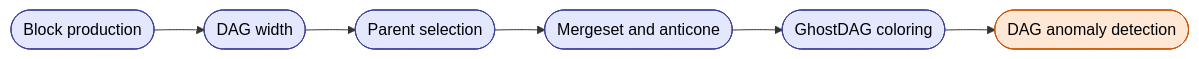
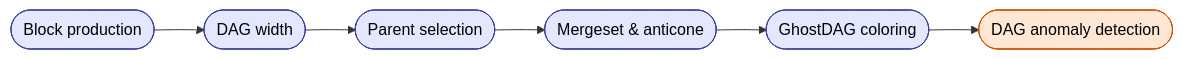
Before and after one commit to SanaMegabytes/megabytes-dag-specification: the first of 2 diagrams in DAG_SPEC.md, drawn with Mermaid.

Commit message:
Fix diagram labels and remove unused classes
Updated diagram labels and styling in DAG_SPEC.md.

````diff
--- a/DAG_SPEC.md
+++ b/DAG_SPEC.md
@@ -4,21 +4,15 @@
 ```mermaid
 flowchart LR
-
     A([Block production]) --> B([DAG width])
     B --> C([Parent selection])
-    C --> D([Mergeset and anticone])
+    C --> D([Mergeset & anticone])
     D --> E([GhostDAG coloring])
     E --> F([DAG anomaly detection])
 
     %% Styling
     classDef stage fill:#e3e8ff,stroke:#3b3f99,stroke-width:1px,color:#000;
     classDef detect fill:#ffe7d6,stroke:#cc5200,stroke-width:1px,color:#000;
-    classDef final fill:#e0ffe4,stroke:#1f7a1f,stroke-width:1px,color:#000;
-    classDef reject fill:#ffd6d6,stroke:#b30000,stroke-width:1.5px,color:#000;
 
     class A,B,C,D,E stage;
     class F detect;
-    class G,H,I,J final;
-    class R1,R2 reject;
-    class ACC final;
 ```
````
